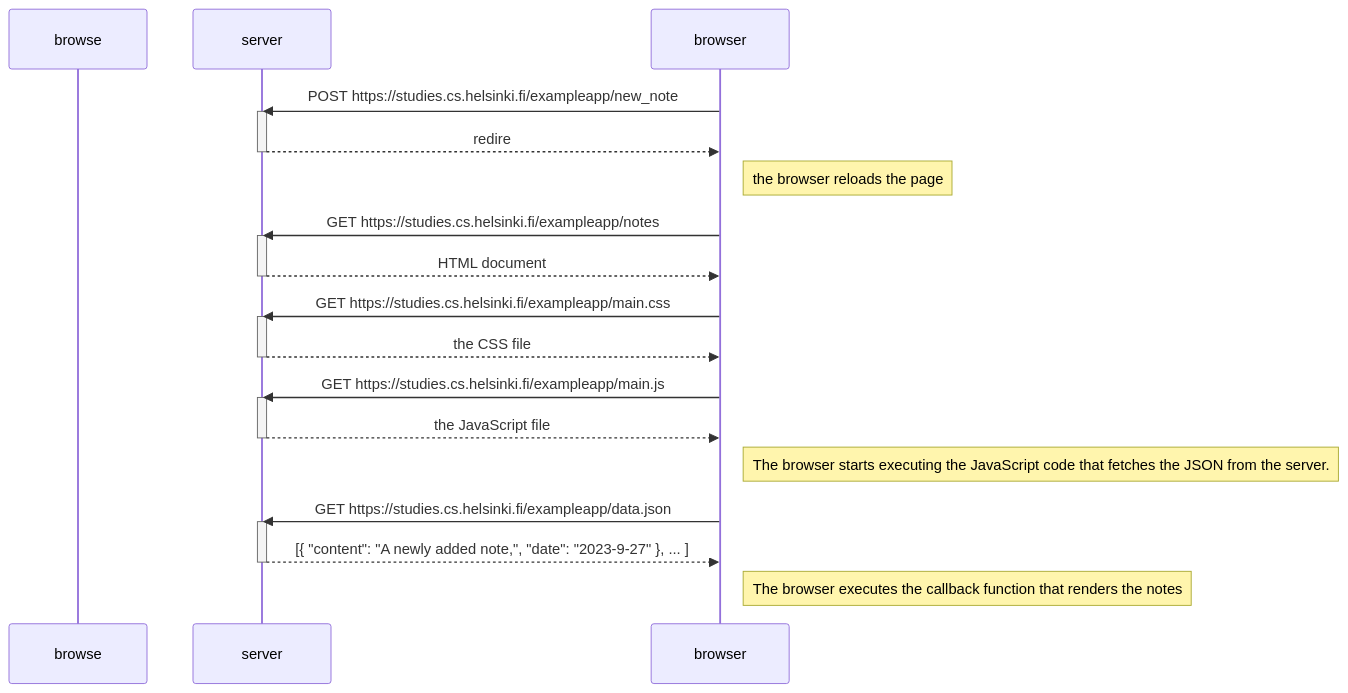
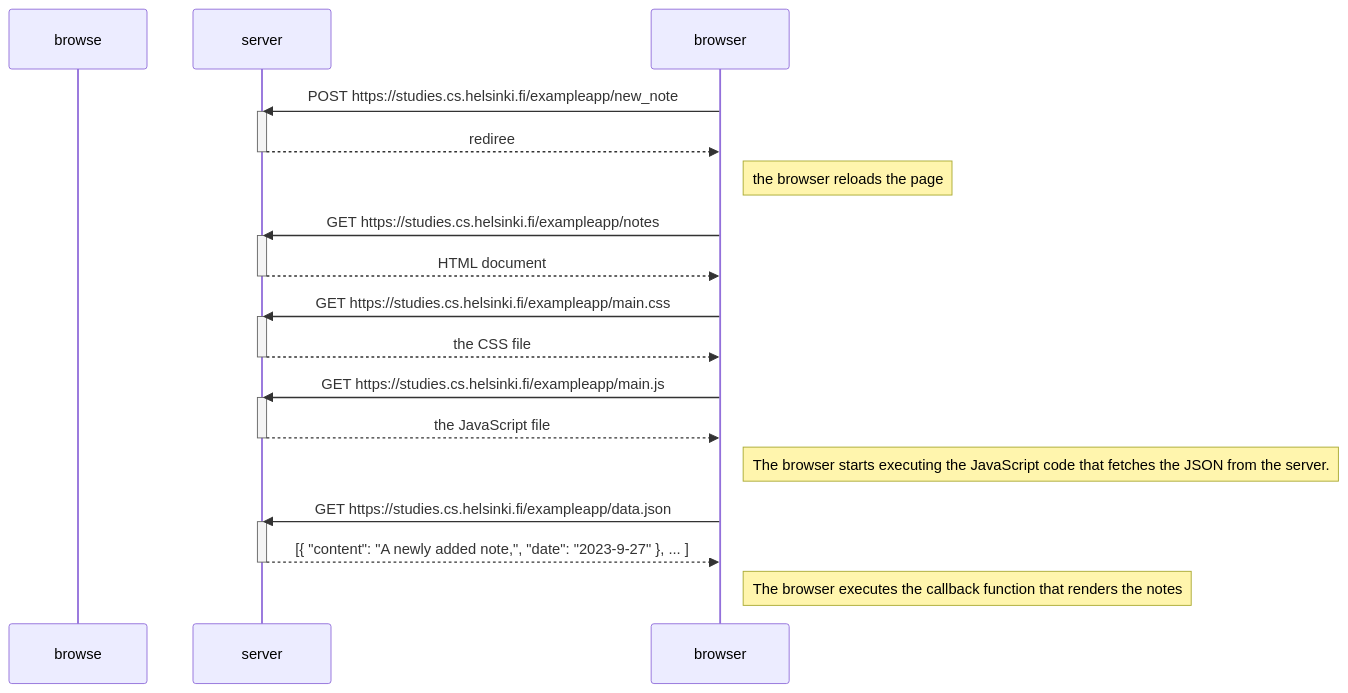
The diagram in part0/0.4/new_note_diagram.md (AlexanderGurnet/fullstackopen), drawn with Mermaid before and after one commit. The commit also changed other lines of this file, not shown here.

````diff
--- a/part0/0.4/new_note_diagram.md
+++ b/part0/0.4/new_note_diagram.md
@@ -2,35 +2,35 @@
 ```mermaid
   sequenceDiagram
     participant browse
     participant server
 
     browser->>server: POST https://studies.cs.helsinki.fi/exampleapp/new_note
     activate server
-    server-->>browser: redire
+    server-->>browser: rediree
     deactivate server
     Note right of browser: the browser reloads the page
 
     browser->>server: GET https://studies.cs.helsinki.fi/exampleapp/notes
     activate server
     server-->>browser: HTML document
     deactivate server
     
     browser->>server: GET https://studies.cs.helsinki.fi/exampleapp/main.css
     activate server
     server-->>browser: the CSS file
     deactivate server
 
     browser->>server: GET https://studies.cs.helsinki.fi/exampleapp/main.js
     activate server
     server-->>browser: the JavaScript file
     deactivate server
 
     Note right of browser: The browser starts executing the JavaScript code that fetches the JSON from the server.
 
     browser->>server: GET https://studies.cs.helsinki.fi/exampleapp/data.json
     activate server
     server-->>browser: [{ "content": "A newly added note,", "date": "2023-9-27" }, ... ]
     deactivate server
 
     Note right of browser: The browser executes the callback function that renders the notes
 ```
````
